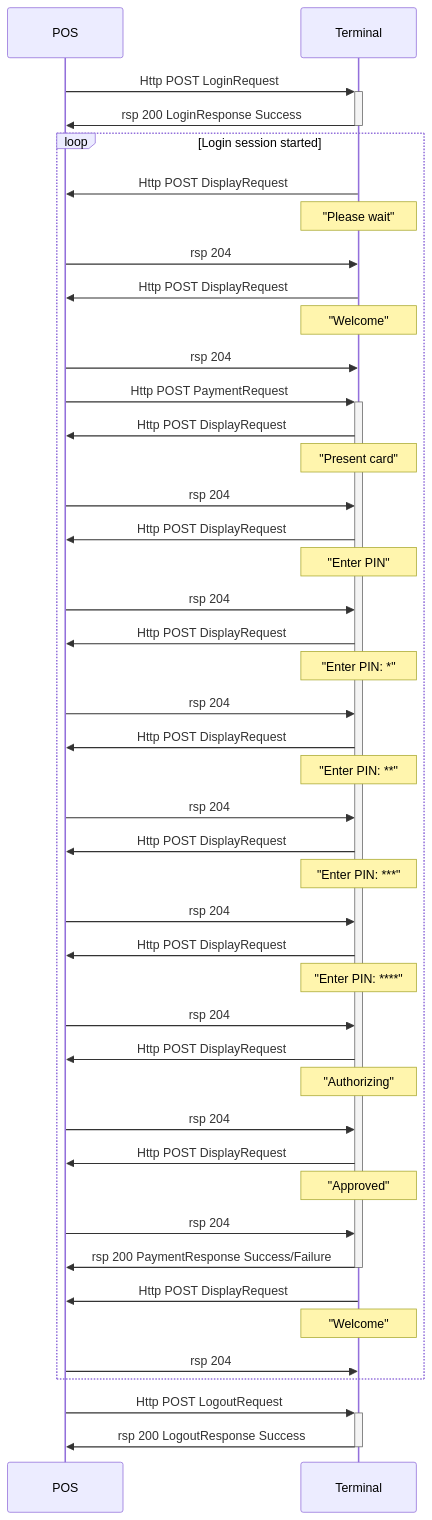
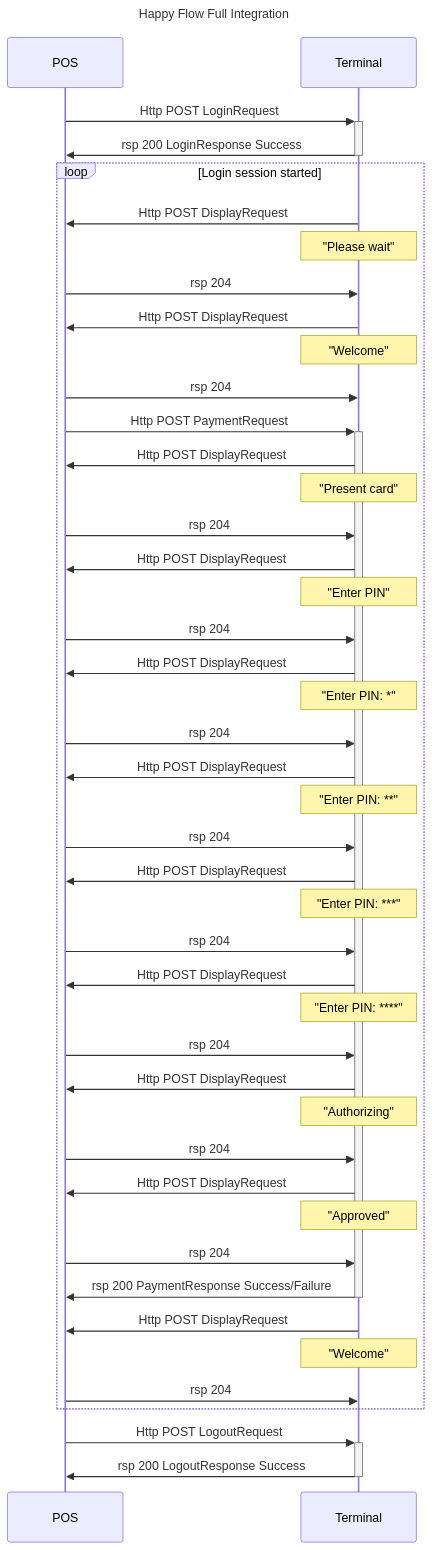
One commit to SwedbankPay/developer.swedbankpay.com changed the second of 2 diagrams in pax-terminal/Nexo-Retailer/Quick-guide/index.md. Above: the diagram before and after it, drawn with Mermaid. The commit also changed other lines of this file and 66 other files, not shown here.

Commit message:
Added titles in sequence diagrams

````diff
--- a/pax-terminal/Nexo-Retailer/Quick-guide/index.md
+++ b/pax-terminal/Nexo-Retailer/Quick-guide/index.md
@@ -49,46 +50,47 @@
 ```mermaid
 sequenceDiagram
+title: Happy Flow Full Integration
 participant POS
 participant Terminal
     POS->>+Terminal: Http POST LoginRequest
     Terminal->>-POS: rsp 200 LoginResponse Success
     loop Login session started
         Terminal->>POS: Http POST DisplayRequest
         note over Terminal: "Please wait"
         POS->>Terminal: rsp 204
         Terminal->>POS: Http POST DisplayRequest
         note over Terminal: "Welcome"
         POS->>Terminal: rsp 204
         POS->>+Terminal: Http POST PaymentRequest
         Terminal->>POS: Http POST DisplayRequest
         note over Terminal: "Present card"
         POS->>Terminal: rsp 204
         Terminal->>POS: Http POST DisplayRequest
         note over Terminal: "Enter PIN"
         POS->>Terminal: rsp 204
         Terminal->>POS: Http POST DisplayRequest
         note over Terminal: "Enter PIN: *"
         POS->>Terminal: rsp 204
         Terminal->>POS: Http POST DisplayRequest
         note over Terminal: "Enter PIN: **"
         POS->>Terminal: rsp 204
         Terminal->>POS: Http POST DisplayRequest
         note over Terminal: "Enter PIN: ***"
         POS->>Terminal: rsp 204
         Terminal->>POS: Http POST DisplayRequest
         note over Terminal: "Enter PIN: ****"
         POS->>Terminal: rsp 204
         Terminal->>POS: Http POST DisplayRequest
         note over Terminal: "Authorizing"
         POS->>Terminal: rsp 204
         Terminal->>POS: Http POST DisplayRequest
         note over Terminal: "Approved"
         POS->>Terminal: rsp 204
         Terminal->>-POS: rsp 200 PaymentResponse Success/Failure
         Terminal->>POS: Http POST DisplayRequest
         note over Terminal: "Welcome"
         POS->>Terminal: rsp 204
     end
     POS->>+Terminal: Http POST LogoutRequest
     Terminal->>-POS: rsp 200 LogoutResponse Success
 ```
````
